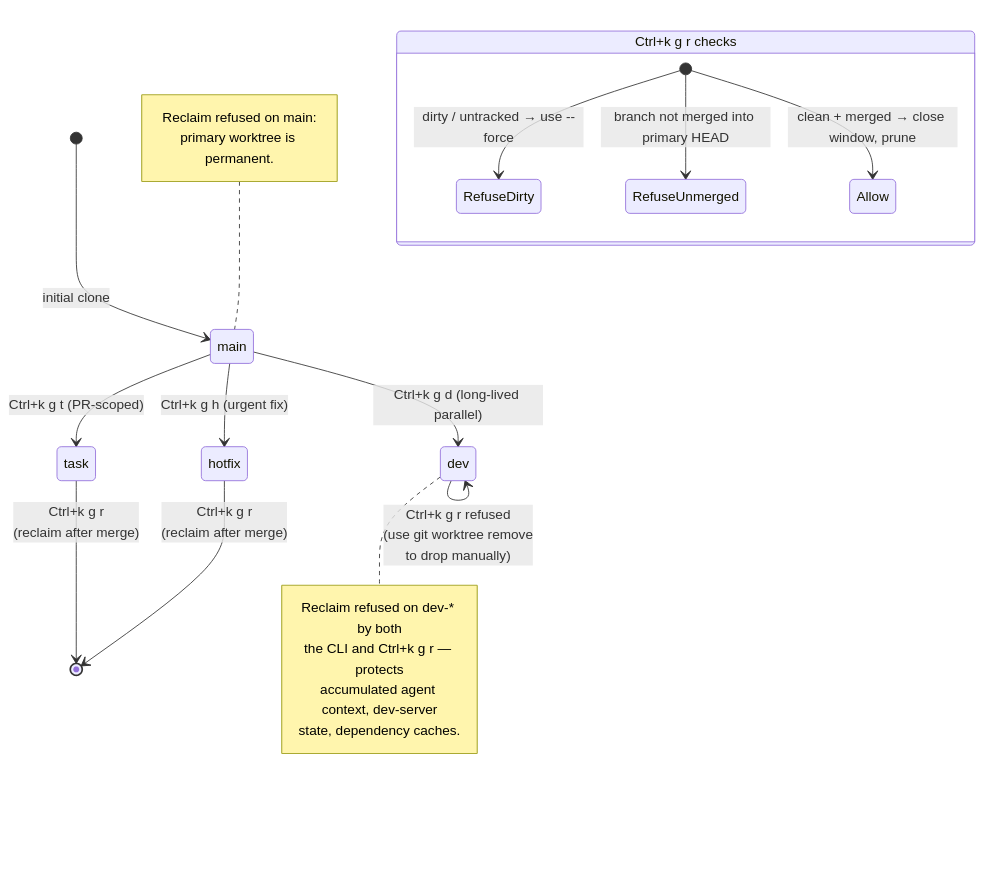
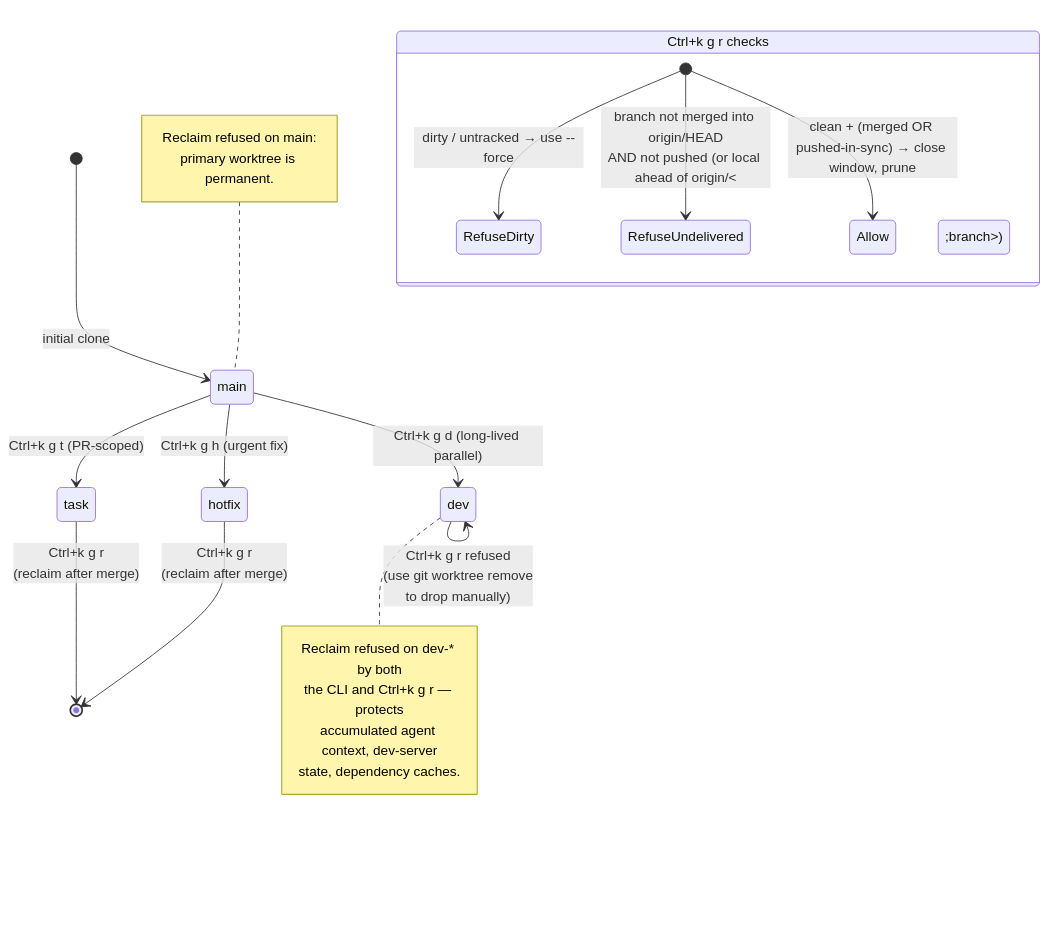
One commit to yunsii/wezdeck changed the second of 2 diagrams in docs/workspaces.md. Above: the diagram before and after it, drawn with Mermaid. The commit also changed other lines of this file and 2 other files, not shown here.

Commit message:
fix(worktree): allow reclaim when branch is pushed but unmerged
Ctrl+k g r refused any branch not merged into origin's default
branch, even though pushed-but-unmerged work is recoverable via
`git fetch && git worktree add ../foo origin/<branch>`. Now passes
if the branch is merged OR pushed with local HEAD contained by
origin/<branch>; a stale/behind remote ref is still rejected so
unpushed commits can't disappear silently.

````diff
--- a/docs/workspaces.md
+++ b/docs/workspaces.md
@@ -87,29 +87,29 @@
 ```mermaid
 stateDiagram-v2
   [*] --> main: initial clone
   main --> dev: Ctrl+k g d (long-lived parallel)
   main --> task: Ctrl+k g t (PR-scoped)
   main --> hotfix: Ctrl+k g h (urgent fix)
 
   task --> [*]: Ctrl+k g r<br/>(reclaim after merge)
   hotfix --> [*]: Ctrl+k g r<br/>(reclaim after merge)
   dev --> dev: Ctrl+k g r refused<br/>(use git worktree remove<br/>to drop manually)
 
   note right of dev
     Reclaim refused on dev-* by both
     the CLI and Ctrl+k g r — protects
     accumulated agent context, dev-server
     state, dependency caches.
   end note
 
   note left of main
     Reclaim refused on main:
     primary worktree is permanent.
   end note
 
   state "Ctrl+k g r checks" as RC {
     [*] --> RefuseDirty: dirty / untracked → use --force
-    [*] --> RefuseUnmerged: branch not merged into primary HEAD
-    [*] --> Allow: clean + merged → close window, prune
+    [*] --> RefuseUndelivered: branch not merged into origin/HEAD<br/>AND not pushed (or local ahead of origin/&lt;branch&gt;)
+    [*] --> Allow: clean + (merged OR pushed-in-sync) → close window, prune
   }
 ```
````
